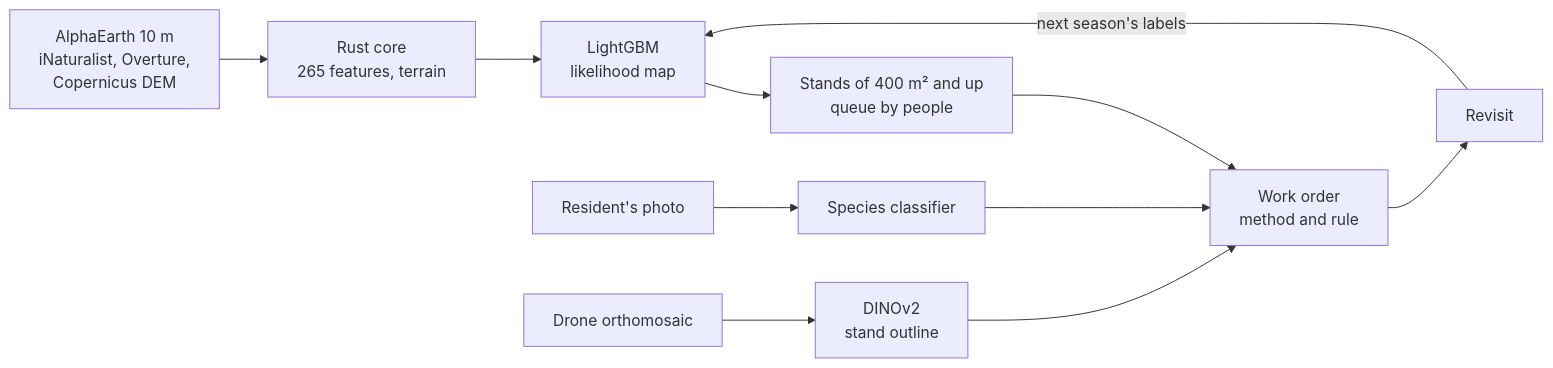
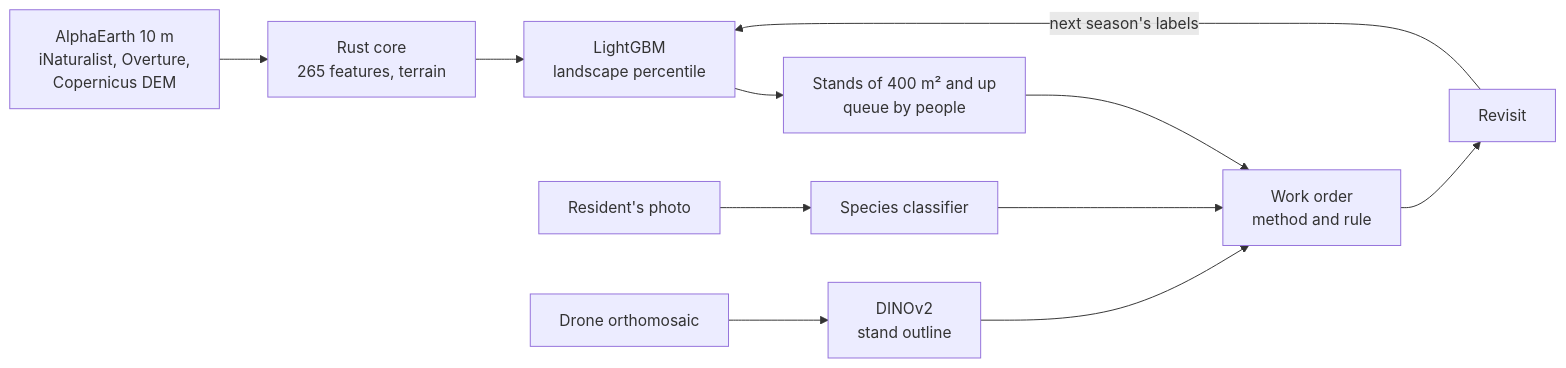
The diagram in README.en.md (KonkovDV/InvaRadar), drawn with Mermaid before and after one commit. The commit also changed other lines of this file and 25 other files, not shown here.

````diff
--- a/README.en.md
+++ b/README.en.md
@@ -106,10 +104,10 @@
 ```mermaid
 flowchart LR
   D["AlphaEarth 10 m<br/>iNaturalist, Overture,<br/>Copernicus DEM"] --> R["Rust core<br/>265 features, terrain"]
-  R --> M["LightGBM<br/>likelihood map"]
+  R --> M["LightGBM<br/>landscape percentile"]
   M --> H["Stands of 400 m² and up<br/>queue by people"]
   H --> W["Work order<br/>method and rule"]
   P["Resident's photo"] --> V["Species classifier"] --> W
   U["Drone orthomosaic"] --> S["DINOv2<br/>stand outline"] --> W
   W --> C["Revisit"] -->|"next season's labels"| M
 ```
````
